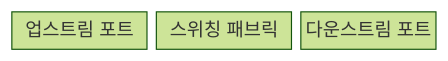
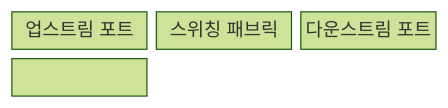
Before and after one commit to agnusdei1207/knowledge-base: the first of 2 diagrams in src/content/docs/notes/02-hardware/079_pcie_switching.md, drawn with Mermaid (forest theme). The commit also changed other lines of this file and 86 other files, not shown here.

````diff
--- a/src/content/docs/notes/02-hardware/079_pcie_switching.md
+++ b/src/content/docs/notes/02-hardware/079_pcie_switching.md
@@ -66,7 +70,8 @@
 ```mermaid
-block
+block-beta
   columns 3
   A["업스트림 포트"]
   B["스위칭 패브릭"]
   C["다운스트림 포트"]
+  A --- B --- C
 ```
````
